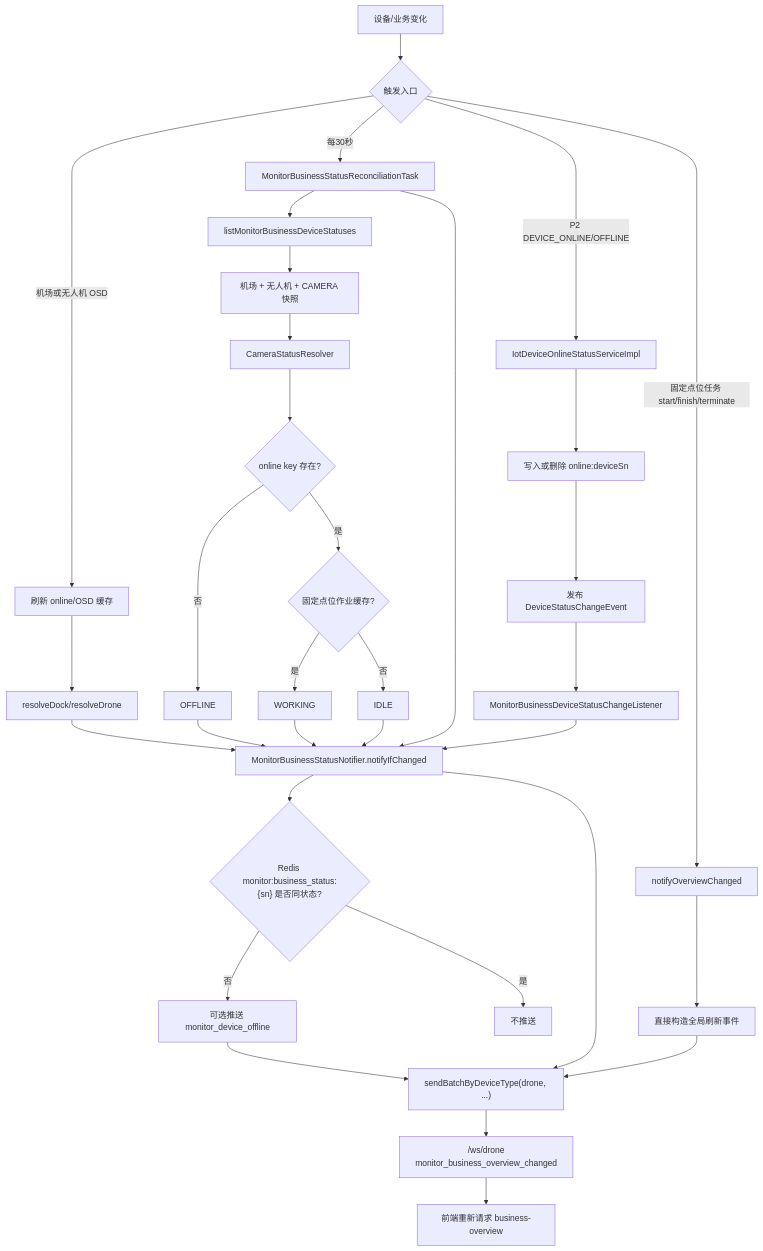
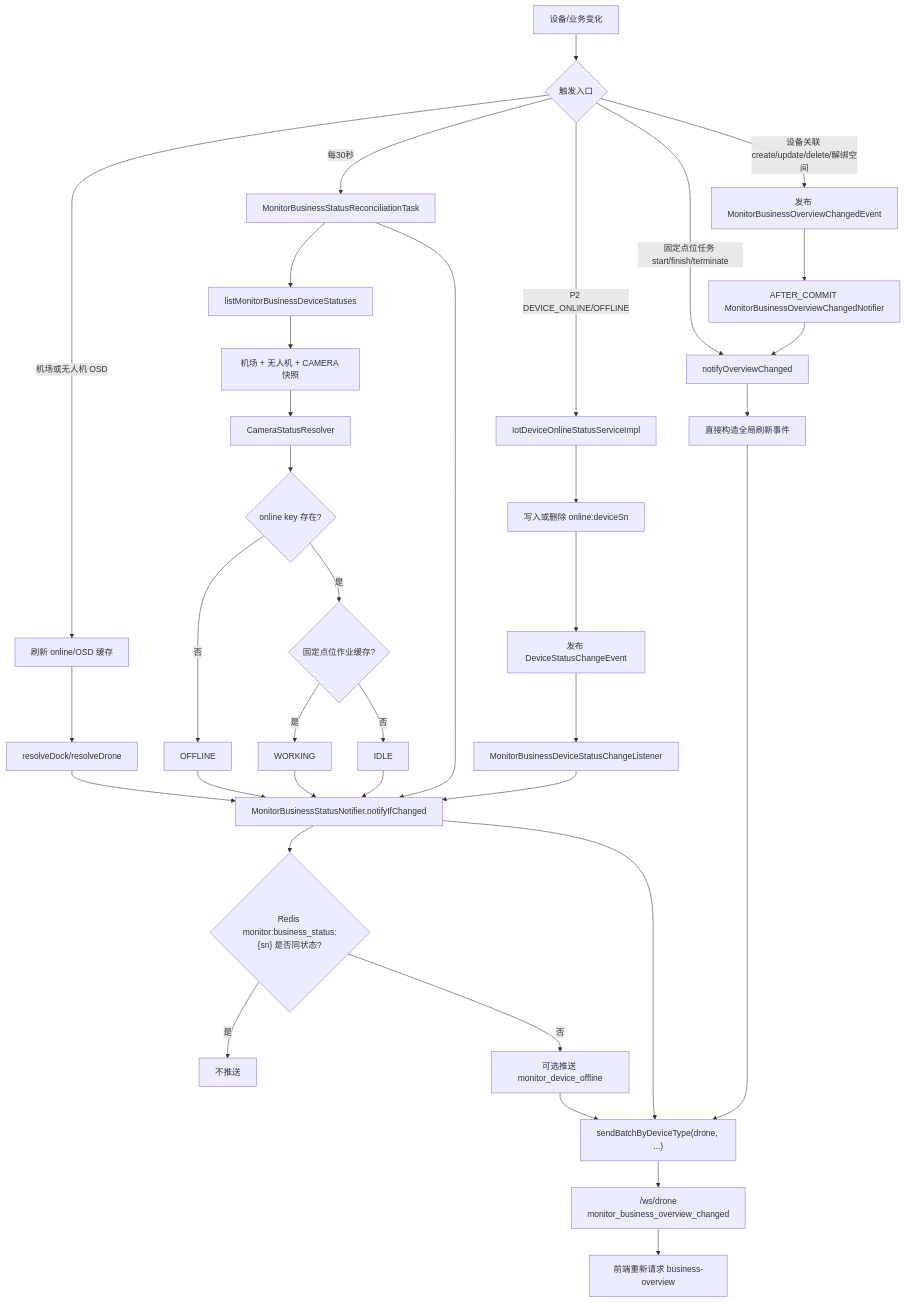
One commit to cnxutu/tu-devkit changed the diagram in ai-guidance/products/company/device-inspection-platform/repositories/c-drone-inspection/monitor-business-overview-websocket.md. Above: the diagram before and after it, drawn with Mermaid. The commit also changed other lines of this file and 2 other files, not shown here.

````diff
--- a/ai-guidance/products/company/device-inspection-platform/repositories/c-drone-inspection/monitor-business-overview-websocket.md
+++ b/ai-guidance/products/company/device-inspection-platform/repositories/c-drone-inspection/monitor-business-overview-websocket.md
@@ -14,35 +14,38 @@
 ```mermaid
 flowchart TD
     A[设备/业务变化] --> B{触发入口}
     B -->|机场或无人机 OSD| C[刷新 online/OSD 缓存]
     B -->|固定点位任务 start/finish/terminate| D[notifyOverviewChanged]
+    B -->|设备关联 create/update/delete/解绑空间| G1[发布 MonitorBusinessOverviewChangedEvent]
     B -->|每30秒| E[MonitorBusinessStatusReconciliationTask]
     B -->|P2 DEVICE_ONLINE/OFFLINE| F[IotDeviceOnlineStatusServiceImpl]
     F --> G[写入或删除 online:deviceSn]
     G --> H2[发布 DeviceStatusChangeEvent]
     C --> H[resolveDock/resolveDrone]
+    G1 --> G2[AFTER_COMMIT MonitorBusinessOverviewChangedNotifier]
+    G2 --> D
     D --> I[直接构造全局刷新事件]
     E --> J[listMonitorBusinessDeviceStatuses]
     J --> K[机场 + 无人机 + CAMERA 快照]
     K --> L[CameraStatusResolver]
     L --> M{online key 存在?}
     M -->|否| N[OFFLINE]
     M -->|是| O{固定点位作业缓存?}
     O -->|是| P[WORKING]
     O -->|否| Q[IDLE]
     H --> R[MonitorBusinessStatusNotifier.notifyIfChanged]
     N --> R
     P --> R
     Q --> R
     E --> R
     H2 --> Y[MonitorBusinessDeviceStatusChangeListener]
     Y --> R
     R --> S{"Redis monitor:business_status:{sn} 是否同状态?"}
     S -->|是| T[不推送]
     S -->|否| U[可选推送 monitor_device_offline]
     U --> V["sendBatchByDeviceType(drone, ...)"]
     R --> V
     I --> V
     V --> W["/ws/drone<br/>monitor_business_overview_changed"]
     W --> X[前端重新请求 business-overview]
 ```
````
